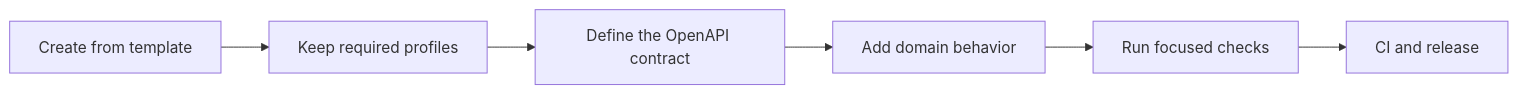
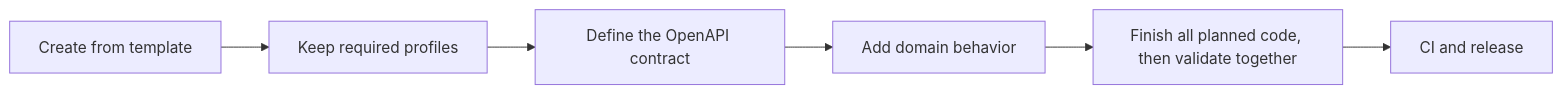
One commit to Dankosik/go-service-template-rest changed the diagram in README.md. Above: the diagram before and after it, drawn with Mermaid. The commit also changed other lines of this file and 72 other files, not shown here.

````diff
--- a/README.md
+++ b/README.md
@@ -109,8 +109,8 @@
 ```mermaid
 flowchart LR
     A["Create from template"] --> B["Keep required profiles"]
     B --> C["Define the OpenAPI contract"]
     C --> D["Add domain behavior"]
-    D --> E["Run focused checks"]
+    D --> E["Finish all planned code, then validate together"]
     E --> F["CI and release"]
 ```
````
